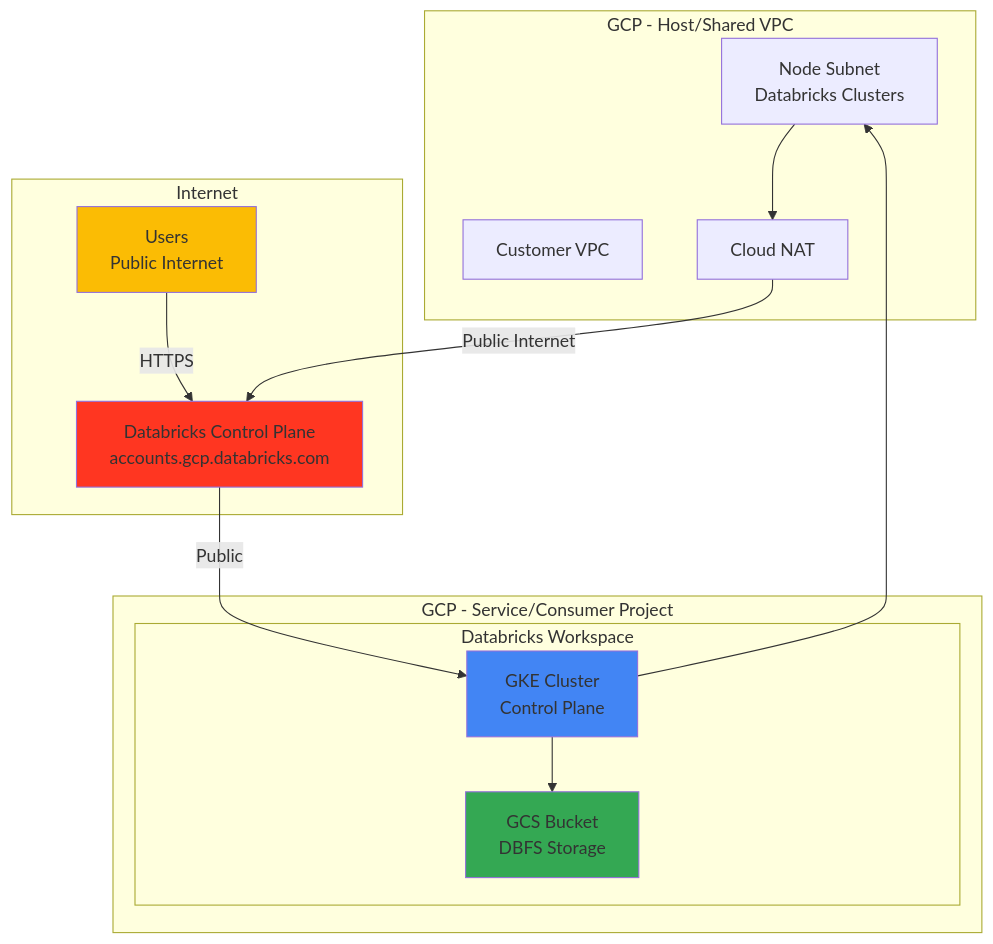
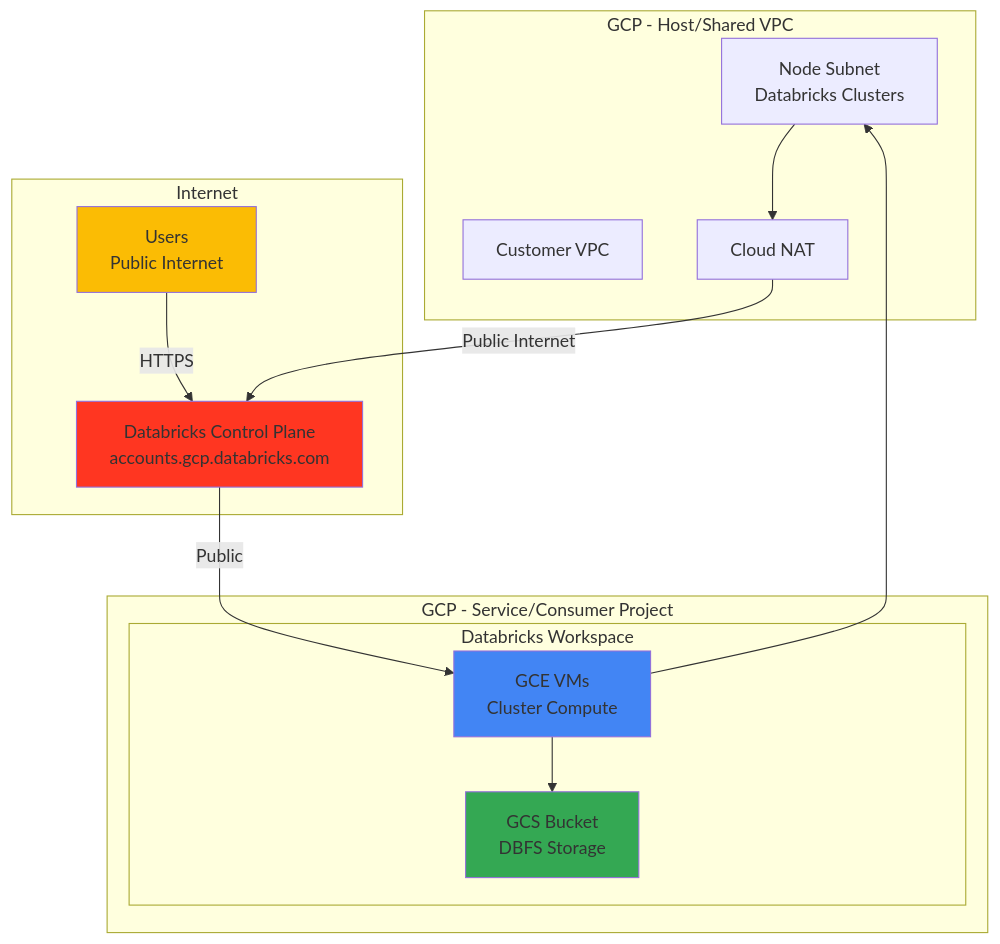
One commit to bhavink/databricks changed the fourth of 15 diagrams in gcpdb4u/templates/terraform-scripts/readme.md. Above: the diagram before and after it, drawn with Mermaid. The commit also changed other lines of this file and 11 other files, not shown here.

First line of the commit message:
docs(gcpdb4u): remove GKE refs; classic compute is now GCE-based

````diff
--- a/gcpdb4u/templates/terraform-scripts/readme.md
+++ b/gcpdb4u/templates/terraform-scripts/readme.md
@@ -227,32 +227,32 @@
 ```mermaid
 graph TB
     subgraph "GCP - Host/Shared VPC"
         VPC[Customer VPC]
         SUBNET[Node Subnet<br/>Databricks Clusters]
         NAT[Cloud NAT]
     end
 
     subgraph "GCP - Service/Consumer Project"
         subgraph "Databricks Workspace"
-            GKE[GKE Cluster<br/>Control Plane]
+            GCE[GCE VMs<br/>Cluster Compute]
             GCS[GCS Bucket<br/>DBFS Storage]
         end
     end
 
     subgraph "Internet"
         USERS[Users<br/>Public Internet]
         CONTROL[Databricks Control Plane<br/>accounts.gcp.databricks.com]
     end
 
     USERS -->|HTTPS| CONTROL
-    CONTROL -->|Public| GKE
+    CONTROL -->|Public| GCE
     SUBNET --> NAT
     NAT -->|Public Internet| CONTROL
-    GKE --> SUBNET
-    GKE --> GCS
+    GCE --> SUBNET
+    GCE --> GCS
 
     style CONTROL fill:#FF3621
-    style GKE fill:#4285F4
+    style GCE fill:#4285F4
     style GCS fill:#34A853
     style USERS fill:#FBBC04
 ```
````
